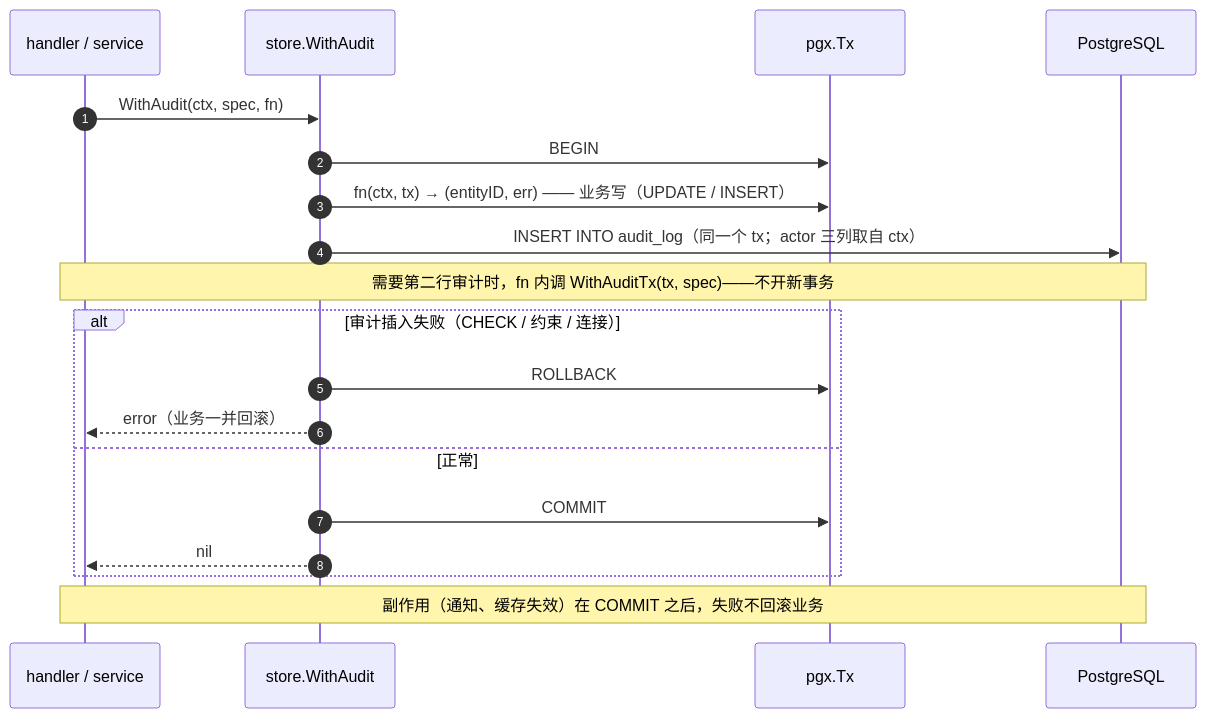
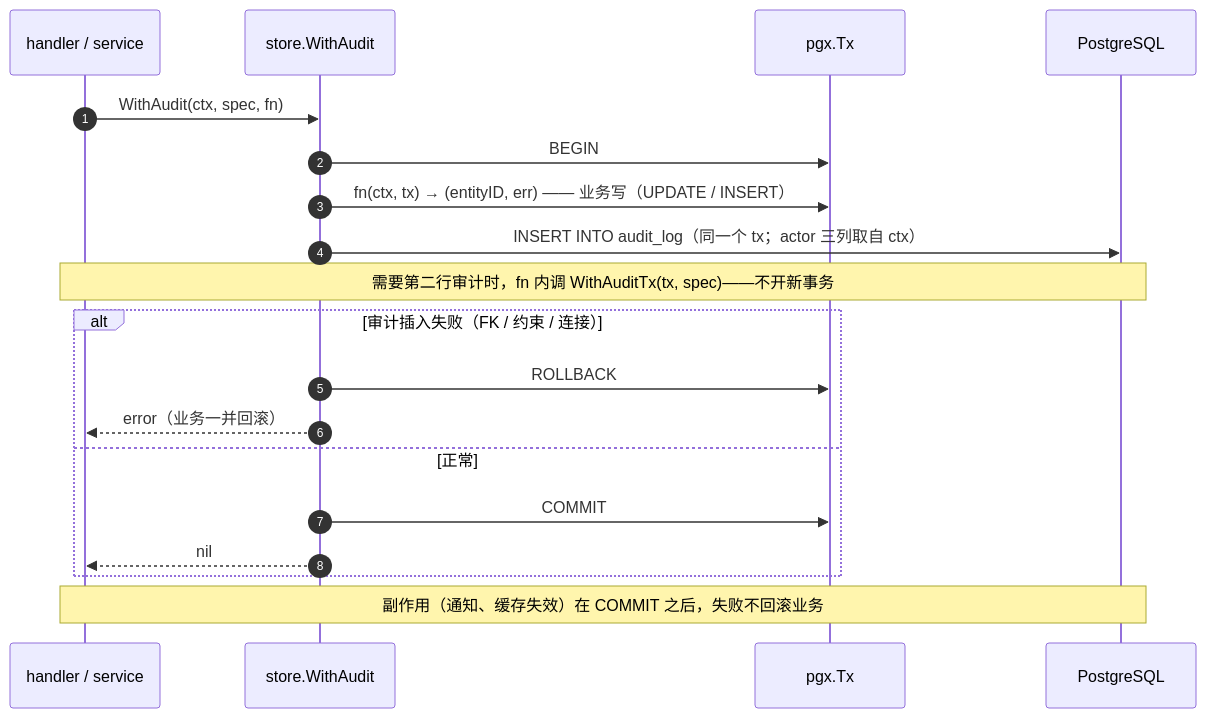
Before and after one commit to deepdemos/ds-demos-showcase: the seventh of 7 diagrams in docs/治理域设计.md, drawn with Mermaid. The commit also changed other lines of this file, not shown here.

````diff
--- a/docs/治理域设计.md
+++ b/docs/治理域设计.md
@@ -795,22 +806,22 @@
 ```mermaid
 sequenceDiagram
     autonumber
     participant H as handler / service
     participant AU as store.WithAudit
     participant TX as pgx.Tx
     participant DB as PostgreSQL
 
     H->>AU: WithAudit(ctx, spec, fn)
     AU->>TX: BEGIN
     AU->>TX: fn(ctx, tx) → (entityID, err) —— 业务写（UPDATE / INSERT）
     AU->>DB: INSERT INTO audit_log（同一个 tx；actor 三列取自 ctx）
     Note over H,DB: 需要第二行审计时，fn 内调 WithAuditTx(tx, spec)——不开新事务
-    alt 审计插入失败（CHECK / 约束 / 连接）
+    alt 审计插入失败（FK / 约束 / 连接）
         AU->>TX: ROLLBACK
         AU-->>H: error（业务一并回滚）
     else 正常
         AU->>TX: COMMIT
         AU-->>H: nil
     end
     Note over H,DB: 副作用（通知、缓存失效）在 COMMIT 之后，失败不回滚业务
 ```
````
